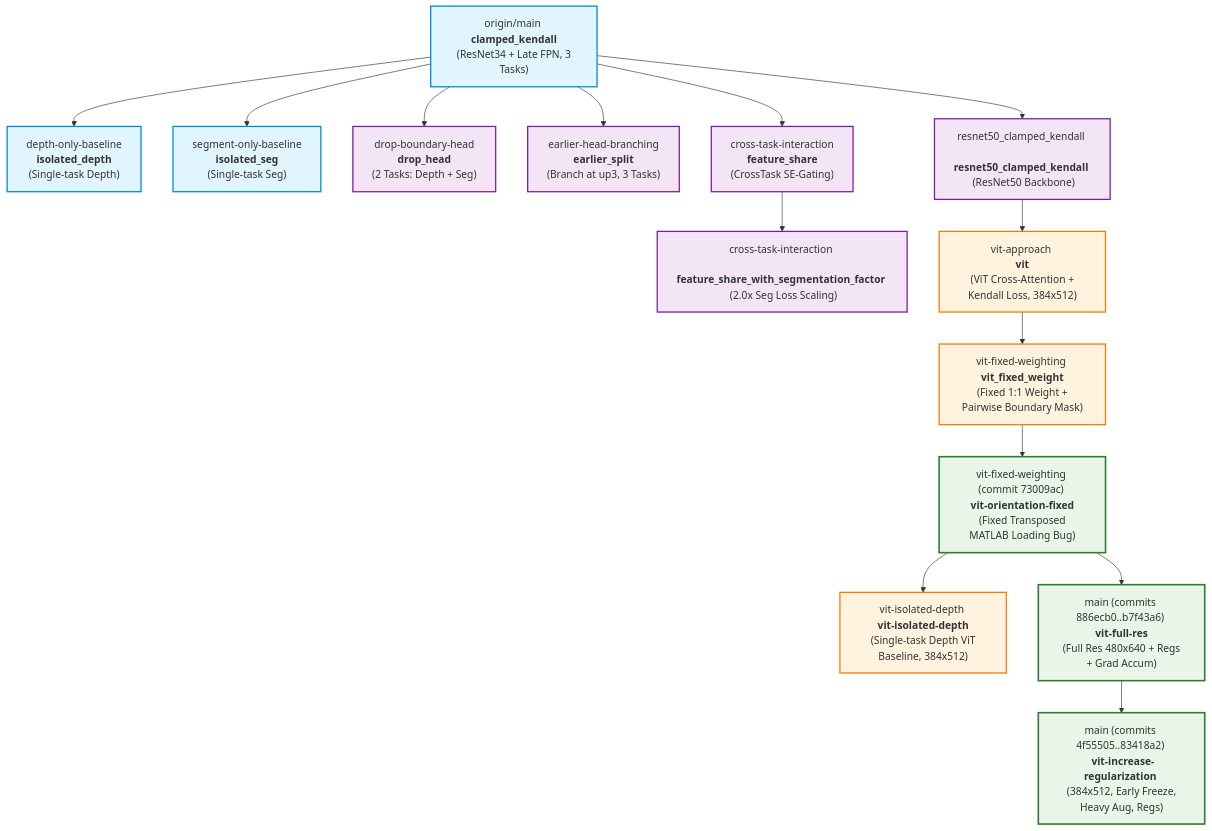
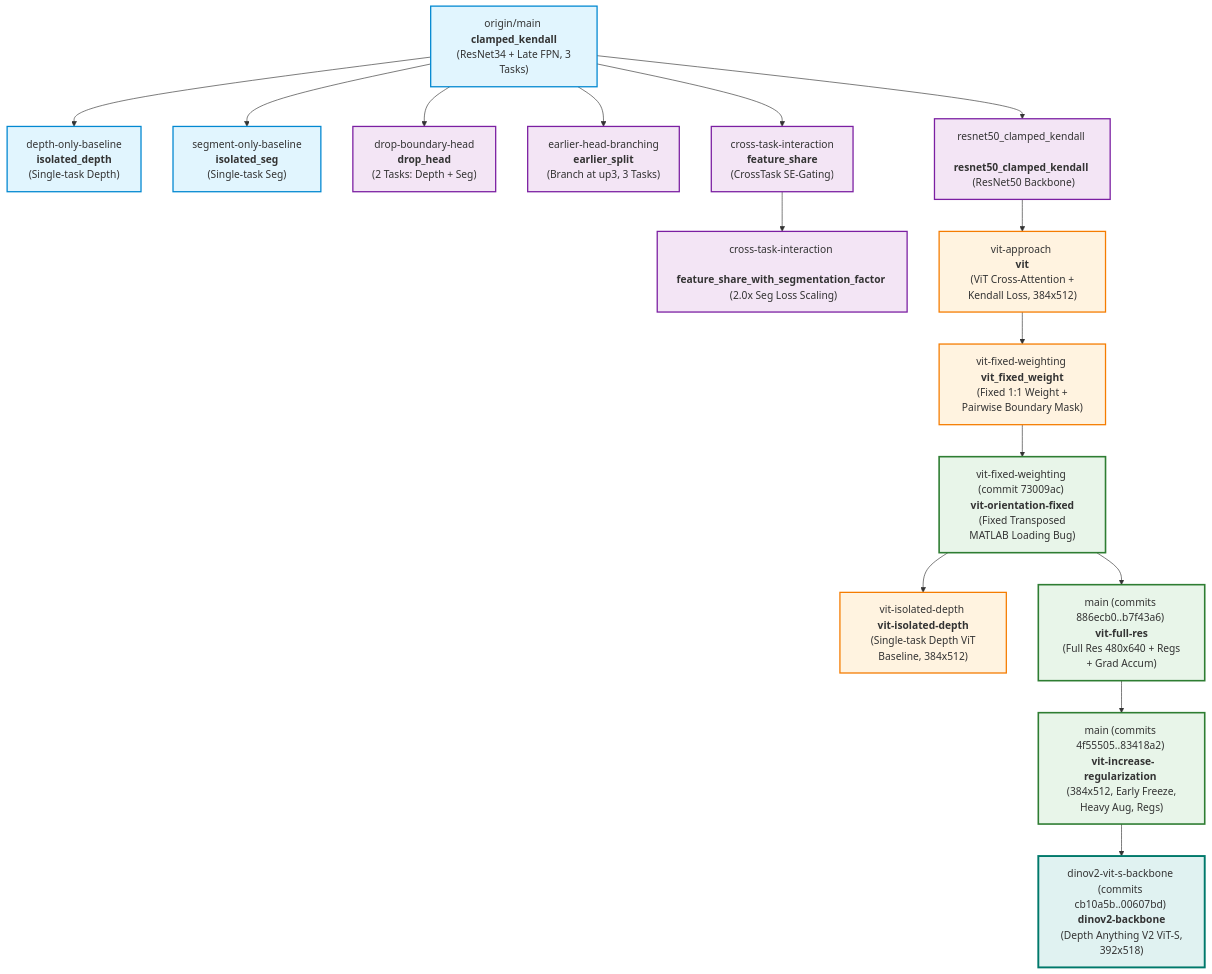
Before and after one commit to TotallyNotMinh/TwinForge: the diagram in ALL_RUN_SUMMARY.md, drawn with Mermaid. The commit also changed other lines of this file and 3 other files, not shown here.

````diff
--- a/ALL_RUN_SUMMARY.md
+++ b/ALL_RUN_SUMMARY.md
@@ -33,29 +34,32 @@
 ```mermaid
 graph TD
     Main["origin/main <br/> <b>clamped_kendall</b> <br/> (ResNet34 + Late FPN, 3 Tasks)"]
     
     Main --> IsoDepth["depth-only-baseline <br/> <b>isolated_depth</b> <br/> (Single-task Depth)"]
     Main --> IsoSeg["segment-only-baseline <br/> <b>isolated_seg</b> <br/> (Single-task Seg)"]
     Main --> DropBound["drop-boundary-head <br/> <b>drop_head</b> <br/> (2 Tasks: Depth + Seg)"]
     Main --> EarlySplit["earlier-head-branching <br/> <b>earlier_split</b> <br/> (Branch at up3, 3 Tasks)"]
     Main --> CrossTask["cross-task-interaction <br/> <b>feature_share</b> <br/> (CrossTask SE-Gating)"]
     CrossTask --> CrossTaskScale["cross-task-interaction <br/> <b>feature_share_with_segmentation_factor</b> <br/> (2.0x Seg Loss Scaling)"]
     Main --> ResNet50["resnet50_clamped_kendall <br/> <b>resnet50_clamped_kendall</b> <br/> (ResNet50 Backbone)"]
     
     ResNet50 --> ViTApp["vit-approach <br/> <b>vit</b> <br/> (ViT Cross-Attention + Kendall Loss, 384x512)"]
     ViTApp --> ViTFix["vit-fixed-weighting <br/> <b>vit_fixed_weight</b> <br/> (Fixed 1:1 Weight + Pairwise Boundary Mask)"]
     ViTFix --> ViTOri["vit-fixed-weighting (commit 73009ac) <br/> <b>vit-orientation-fixed</b> <br/> (Fixed Transposed MATLAB Loading Bug)"]
     ViTOri --> ViTIso["vit-isolated-depth <br/> <b>vit-isolated-depth</b> <br/> (Single-task Depth ViT Baseline, 384x512)"]
     ViTOri --> ViTFull["main (commits 886ecb0..b7f43a6) <br/> <b>vit-full-res</b> <br/> (Full Res 480x640 + Regs + Grad Accum)"]
     ViTFull --> ViTReg["main (commits 4f55505..83418a2) <br/> <b>vit-increase-regularization</b> <br/> (384x512, Early Freeze, Heavy Aug, Regs)"]
+    ViTReg --> DinoV2["dinov2-vit-s-backbone (commits cb10a5b..00607bd) <br/> <b>dinov2-backbone</b> <br/> (Depth Anything V2 ViT-S, 392x518)"]
 
     classDef baseline fill:#e1f5fe,stroke:#0288d1,stroke-width:2px;
     classDef vit fill:#fff3e0,stroke:#f57c00,stroke-width:2px;
     classDef vitbest fill:#e8f5e9,stroke:#2e7d32,stroke-width:2.5px;
+    classDef dinobest fill:#e0f2f1,stroke:#00796b,stroke-width:3px;
     classDef abl fill:#f3e5f5,stroke:#7b1fa2,stroke-width:2px;
     
     class Main,IsoDepth,IsoSeg baseline;
     class DropBound,EarlySplit,CrossTask,CrossTaskScale,ResNet50 abl;
     class ViTApp,ViTFix,ViTIso vit;
     class ViTOri,ViTFull,ViTReg vitbest;
+    class DinoV2 dinobest;
 ```
````
